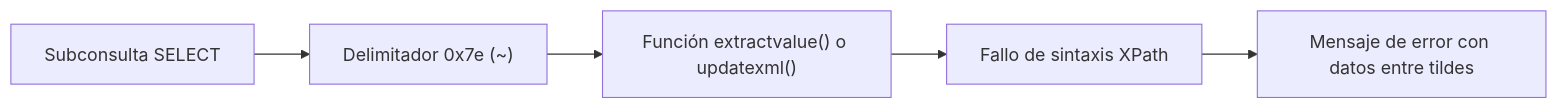
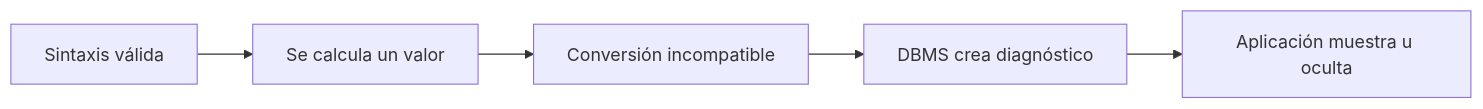
One commit to purpesec/Cybersecurity-For-Beginners changed the second of 3 diagrams in pentesting-web/02-sql-injection/04-error-based-sqli/README.md. Above: the diagram before and after it, drawn with Mermaid. The commit also changed other lines of this file and 8 other files, not shown here.

````diff
--- a/pentesting-web/02-sql-injection/04-error-based-sqli/README.md
+++ b/pentesting-web/02-sql-injection/04-error-based-sqli/README.md
@@ -99,7 +53,7 @@
 ```mermaid
 flowchart LR
-    A["Subconsulta SELECT"] --> B["Delimitador 0x7e (~)"]
-    B --> C["Función extractvalue() o updatexml()"]
-    C --> D["Fallo de sintaxis XPath"]
-    D --> E["Mensaje de error con datos entre tildes"]
+    A[Sintaxis válida] --> B[Se calcula un valor]
+    B --> C[Conversión incompatible]
+    C --> D[DBMS crea diagnóstico]
+    D --> E[Aplicación muestra u oculta]
 ```
````
